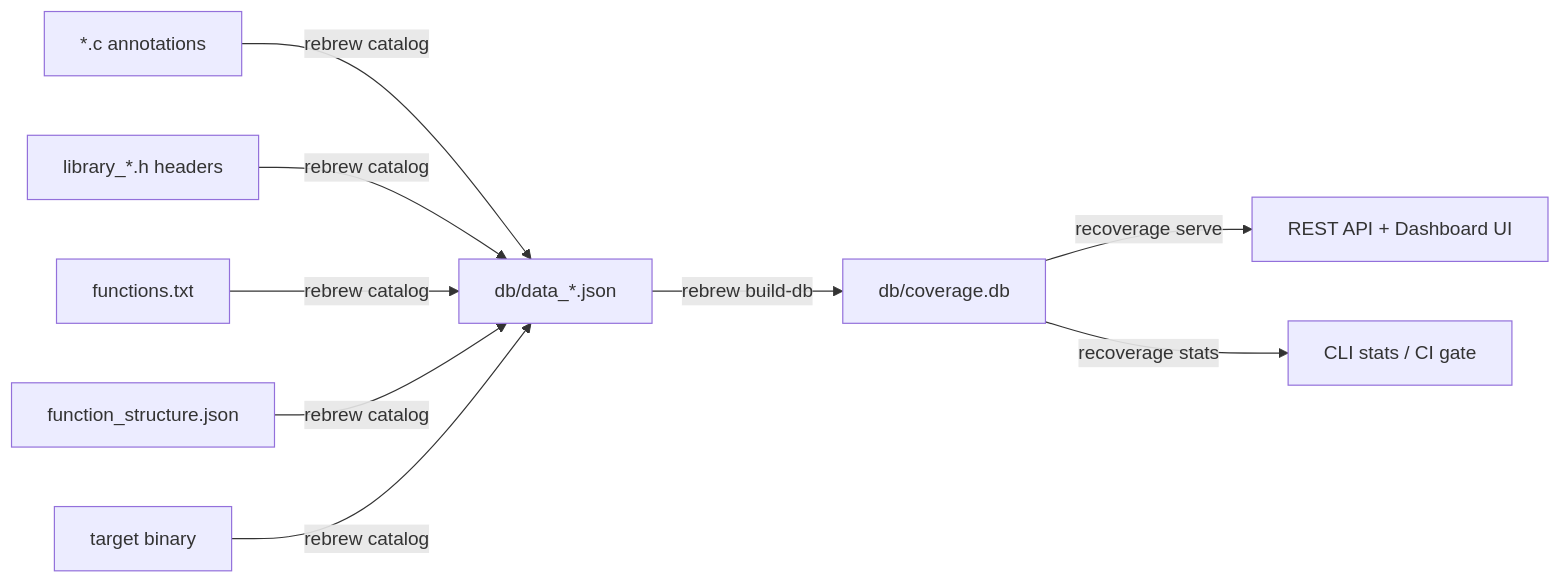
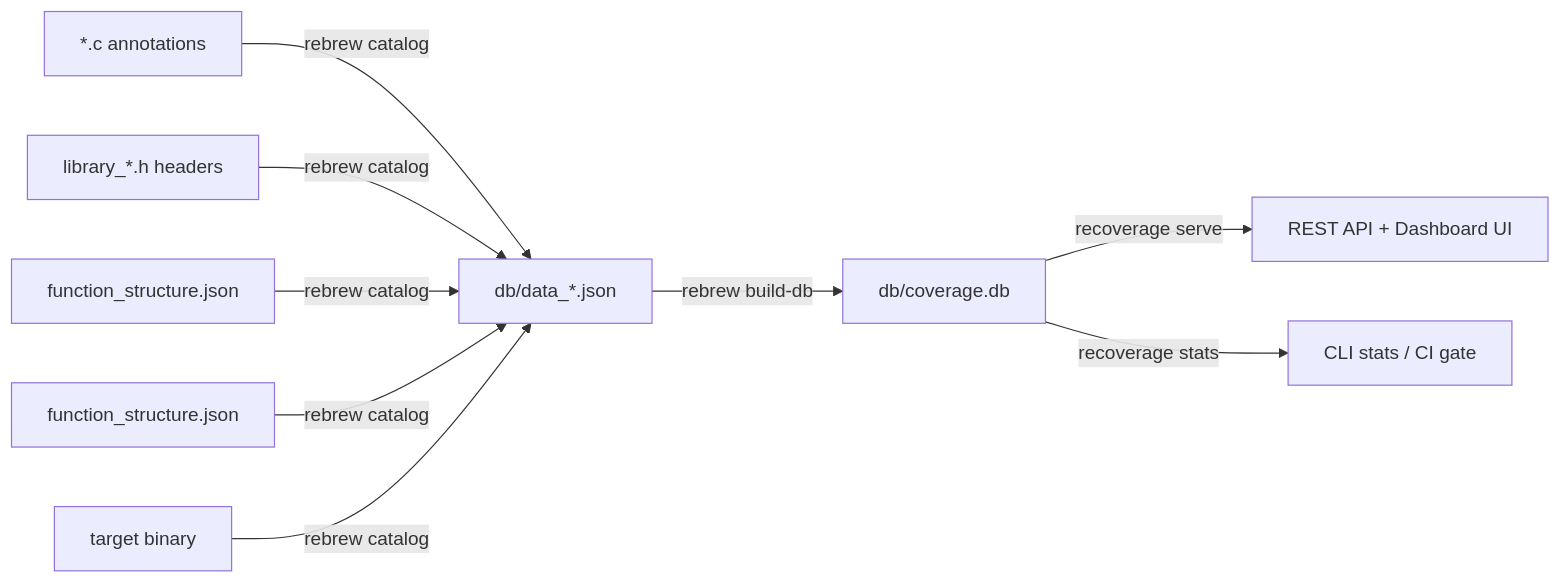
One commit to maci0/rebrew changed the diagram in docs/DB_FORMAT.md. Above: the diagram before and after it, drawn with Mermaid. The commit also changed other lines of this file and 102 other files, not shown here.

First line of the commit message:
remove functions.txt: discovery inventory is function_structure.json

````diff
--- a/docs/DB_FORMAT.md
+++ b/docs/DB_FORMAT.md
@@ -16,11 +16,11 @@
 ```mermaid
 flowchart LR
     A["*.c annotations"] -->|rebrew catalog| B["db/data_*.json"]
     LH["library_*.h headers"] -->|rebrew catalog| B
-    FL["functions.txt"] -->|rebrew catalog| B
+    FL["function_structure.json"] -->|rebrew catalog| B
     GH["function_structure.json"] -->|rebrew catalog| B
     BIN["target binary"] -->|rebrew catalog| B
     B -->|rebrew build-db| C["db/coverage.db"]
     C -->|recoverage serve| D["REST API + Dashboard UI"]
     C -->|recoverage stats| E["CLI stats / CI gate"]
 ```
````
